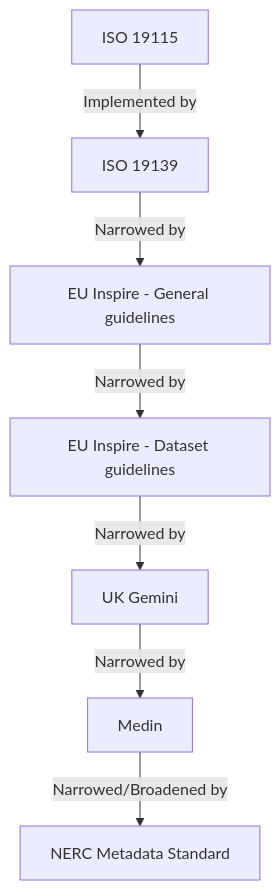
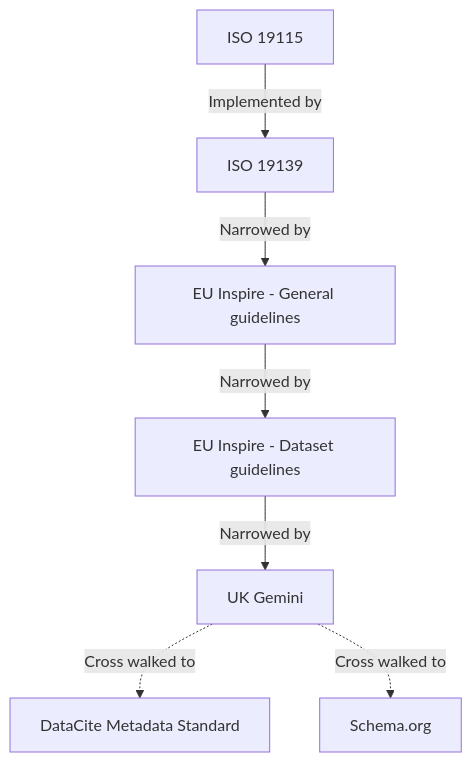
Before and after one commit to antarctica/bas-metadata-standards: the diagram in README.md, drawn with Mermaid. The commit also changed other lines of this file and 3 other files, not shown here.

````diff
--- a/README.md
+++ b/README.md
@@ -54,17 +57,17 @@
 ```mermaid
 graph TB
 A[ISO 19115] 
 B[ISO 19139]
 C[EU Inspire - General guidelines]
 D[EU Inspire - Dataset guidelines]
 E[UK Gemini]
-F[Medin]
-G[NERC Metadata Standard]
+F[DataCite Metadata Standard]
+G[Schema.org]
 
 A -->|Implemented by|B
 B -->|Narrowed by| C
 C -->|Narrowed by| D
 D -->|Narrowed by| E
-E-->|Narrowed by|F
-F-->|Narrowed/Broadened by|G
+E-. Cross walked to .-> F
+E-. Cross walked to .-> G
 ```
````
